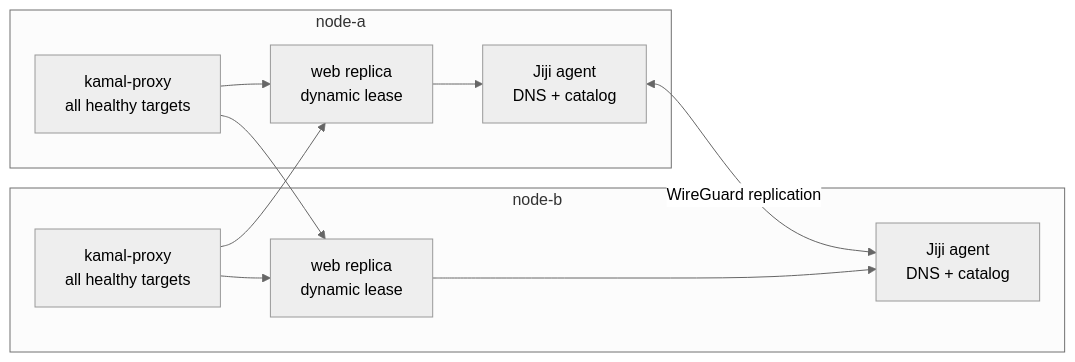
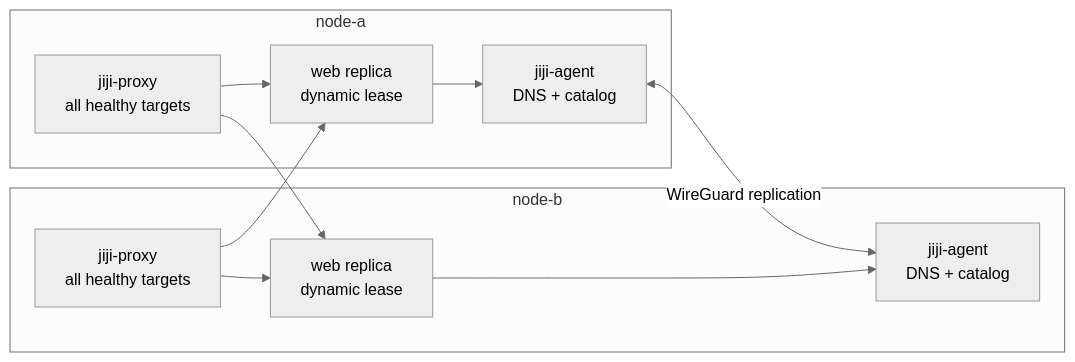
One commit to acidtib/jiji-website changed the diagram in app/docs/reference/network/page.mdx. Above: the diagram before and after it, drawn with Mermaid (neutral theme). The commit also changed other lines of this file and 12 other files, not shown here.

Commit message:
Update docs to reflect jiji-proxy rebrand from kamal-proxy

````diff
--- a/app/docs/reference/network/page.mdx
+++ b/app/docs/reference/network/page.mdx
@@ -14,25 +15,25 @@
 ```mermaid
 flowchart LR
   accTitle: Distributed Jiji service network
-  accDescr: Two project agents replicate membership, desired placement, and the service catalog over WireGuard. Each agent answers DNS from the same converged catalog, while service containers use dynamically leased addresses.
+  accDescr: Two project agents replicate desired placement and the service catalog over WireGuard. Each agent answers DNS from the same converged catalog, while service containers use dynamically leased addresses.
 
   subgraph a["node-a"]
-    agentA["Jiji agent<br/>DNS + catalog"]
+    agentA["jiji-agent<br/>DNS + catalog"]
     appA["web replica<br/>dynamic lease"]
-    proxyA["kamal-proxy<br/>all healthy targets"]
+    proxyA["jiji-proxy<br/>all healthy targets"]
   end
 
   subgraph b["node-b"]
-    agentB["Jiji agent<br/>DNS + catalog"]
+    agentB["jiji-agent<br/>DNS + catalog"]
     appB["web replica<br/>dynamic lease"]
-    proxyB["kamal-proxy<br/>all healthy targets"]
+    proxyB["jiji-proxy<br/>all healthy targets"]
   end
 
   agentA <-->|"WireGuard replication"| agentB
   appA --> agentA
   appB --> agentB
   proxyA --> appA
   proxyA --> appB
   proxyB --> appA
   proxyB --> appB
 ```
````
